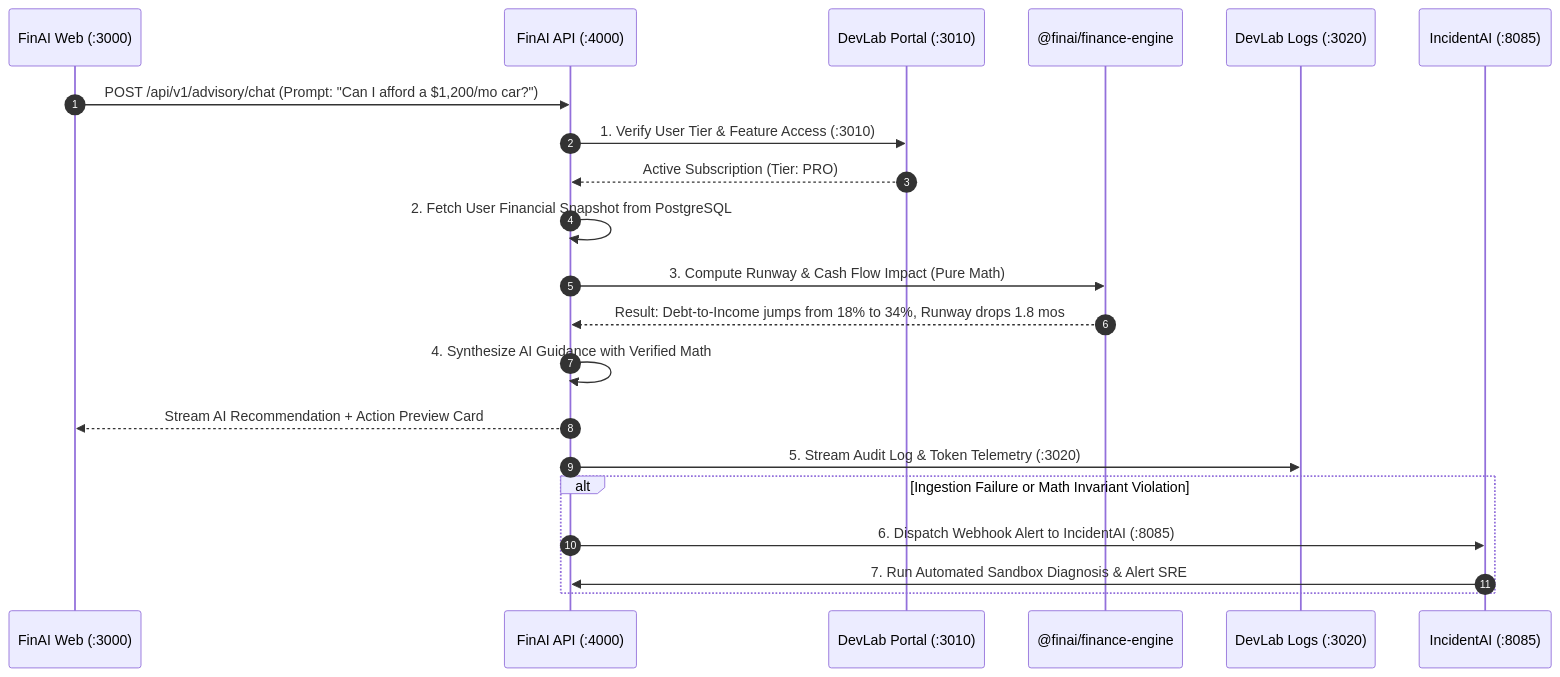
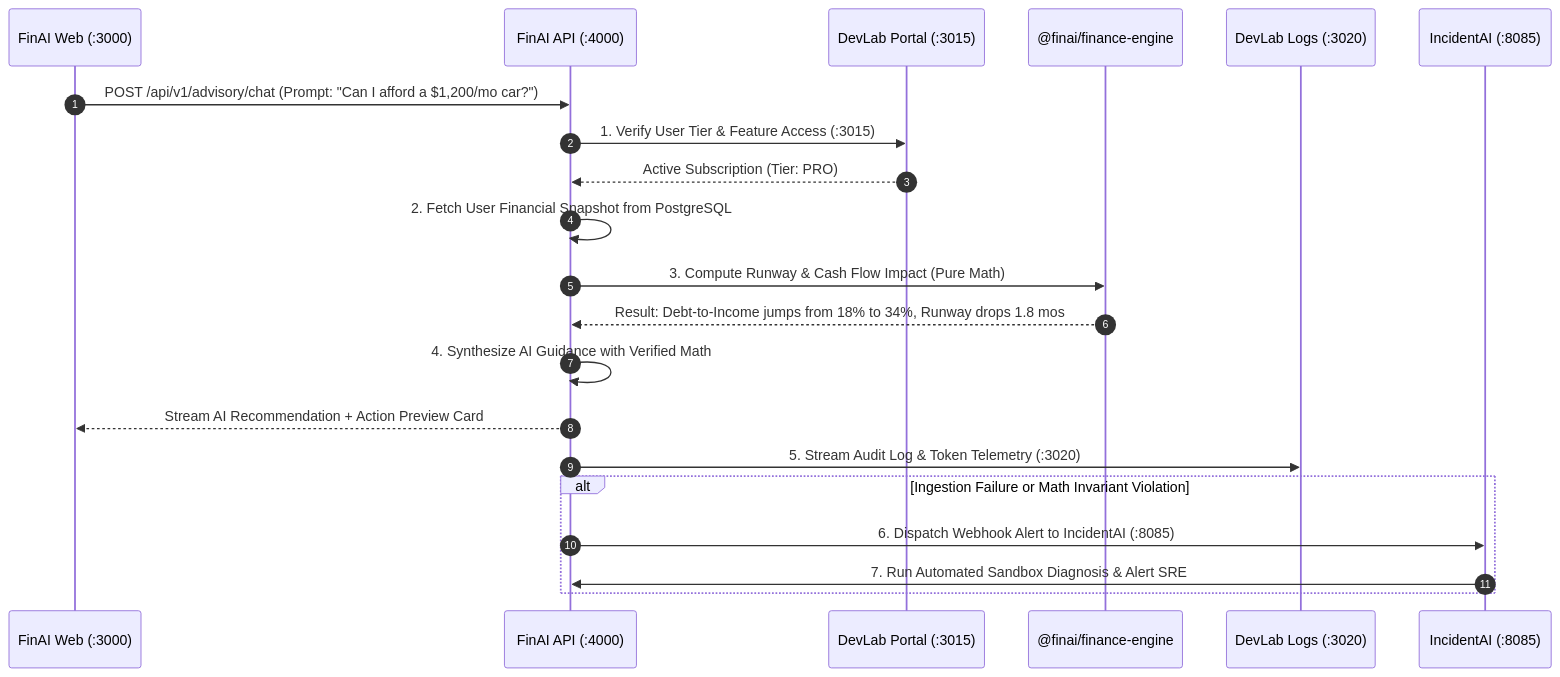
The diagram in PROJECT_INFO.md (yuvadevlab/fin-ai), drawn with Mermaid before and after one commit. The commit also changed other lines of this file, not shown here.

Commit message:
docs(workspace): update portal endpoint port to 3015 in documentation

````diff
--- a/PROJECT_INFO.md
+++ b/PROJECT_INFO.md
@@ -103,25 +103,25 @@
 ```mermaid
 sequenceDiagram
     autonumber
     participant Client as FinAI Web (:3000)
     participant API as FinAI API (:4000)
-    participant DP as DevLab Portal (:3010)
+    participant DP as DevLab Portal (:3015)
     participant Engine as @finai/finance-engine
     participant DL as DevLab Logs (:3020)
     participant IA as IncidentAI (:8085)
 
     Client->>API: POST /api/v1/advisory/chat (Prompt: "Can I afford a $1,200/mo car?")
-    API->>DP: 1. Verify User Tier & Feature Access (:3010)
+    API->>DP: 1. Verify User Tier & Feature Access (:3015)
     DP-->>API: Active Subscription (Tier: PRO)
     API->>API: 2. Fetch User Financial Snapshot from PostgreSQL
     API->>Engine: 3. Compute Runway & Cash Flow Impact (Pure Math)
     Engine-->>API: Result: Debt-to-Income jumps from 18% to 34%, Runway drops 1.8 mos
     API->>API: 4. Synthesize AI Guidance with Verified Math
     API-->>Client: Stream AI Recommendation + Action Preview Card
     API->>DL: 5. Stream Audit Log & Token Telemetry (:3020)
 
     alt Ingestion Failure or Math Invariant Violation
         API->>IA: 6. Dispatch Webhook Alert to IncidentAI (:8085)
         IA->>API: 7. Run Automated Sandbox Diagnosis & Alert SRE
     end
 ```
````
